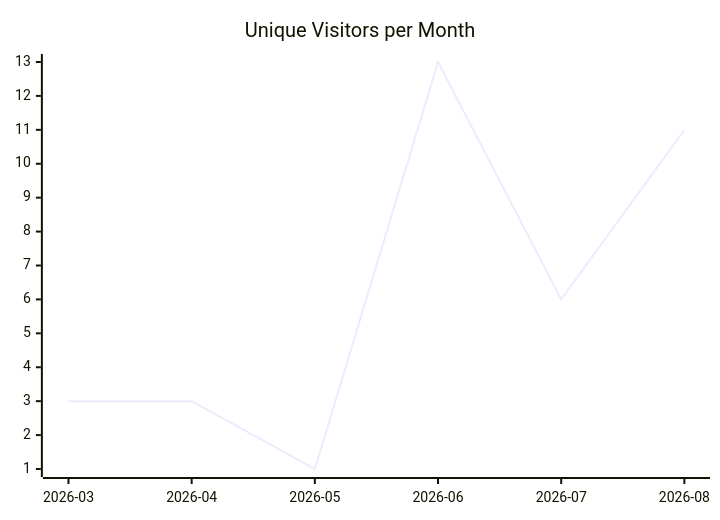
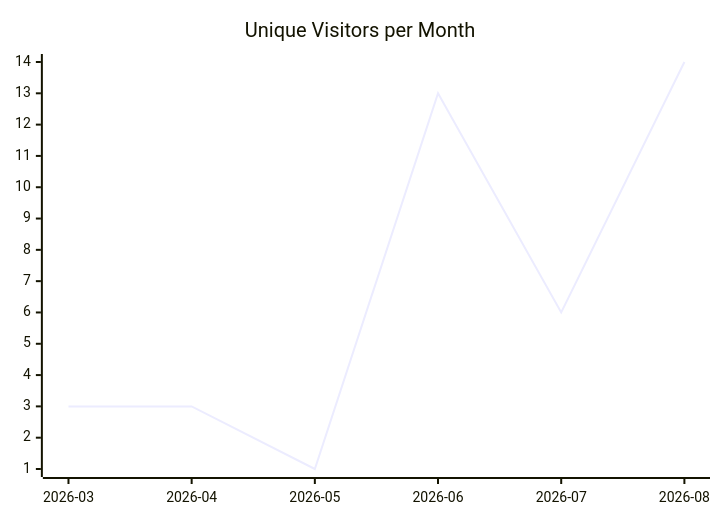
The first of 3 diagrams in karlmdavis/rps-tourney/README.md (justdavis-family/github-analytics-data), drawn with Mermaid before and after one commit. The commit also changed other lines of this file and 160 other files, not shown here.

````diff
--- a/karlmdavis/rps-tourney/README.md
+++ b/karlmdavis/rps-tourney/README.md
@@ -5,6 +5,6 @@
 ```mermaid
 xychart-beta
   title "Unique Visitors per Month"
   x-axis ["2026-03", "2026-04", "2026-05", "2026-06", "2026-07", "2026-08"]
-  line [3, 3, 1, 13, 6, 11]
+  line [3, 3, 1, 13, 6, 14]
 ```
````
